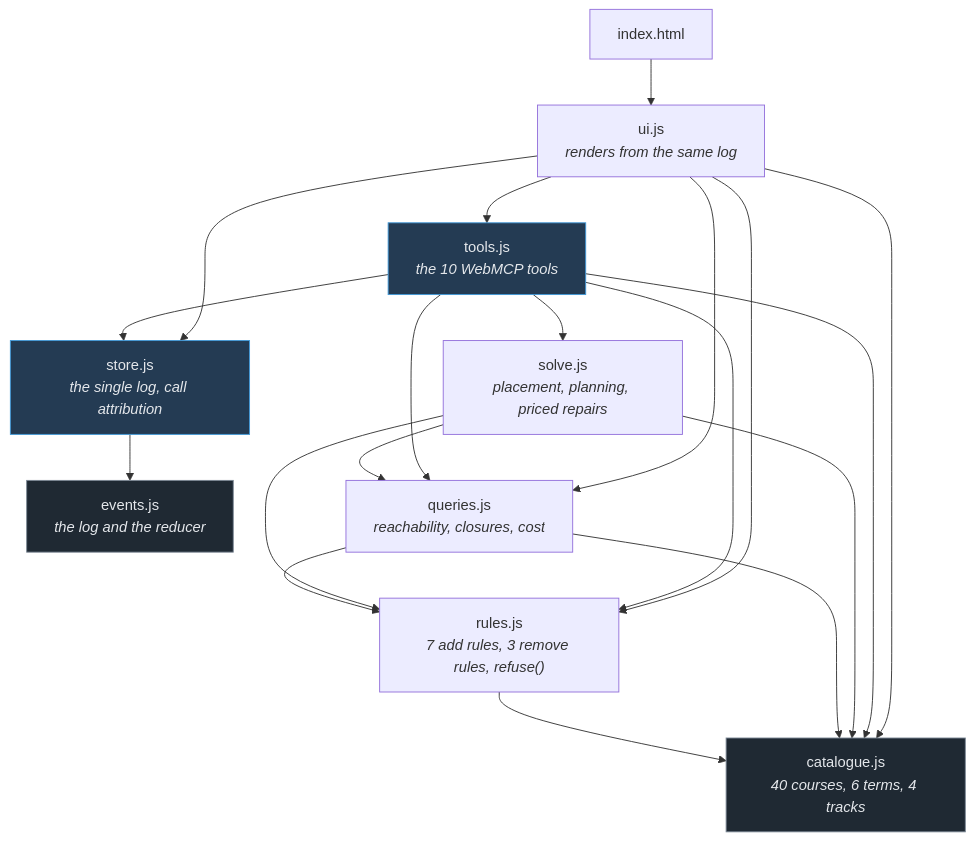
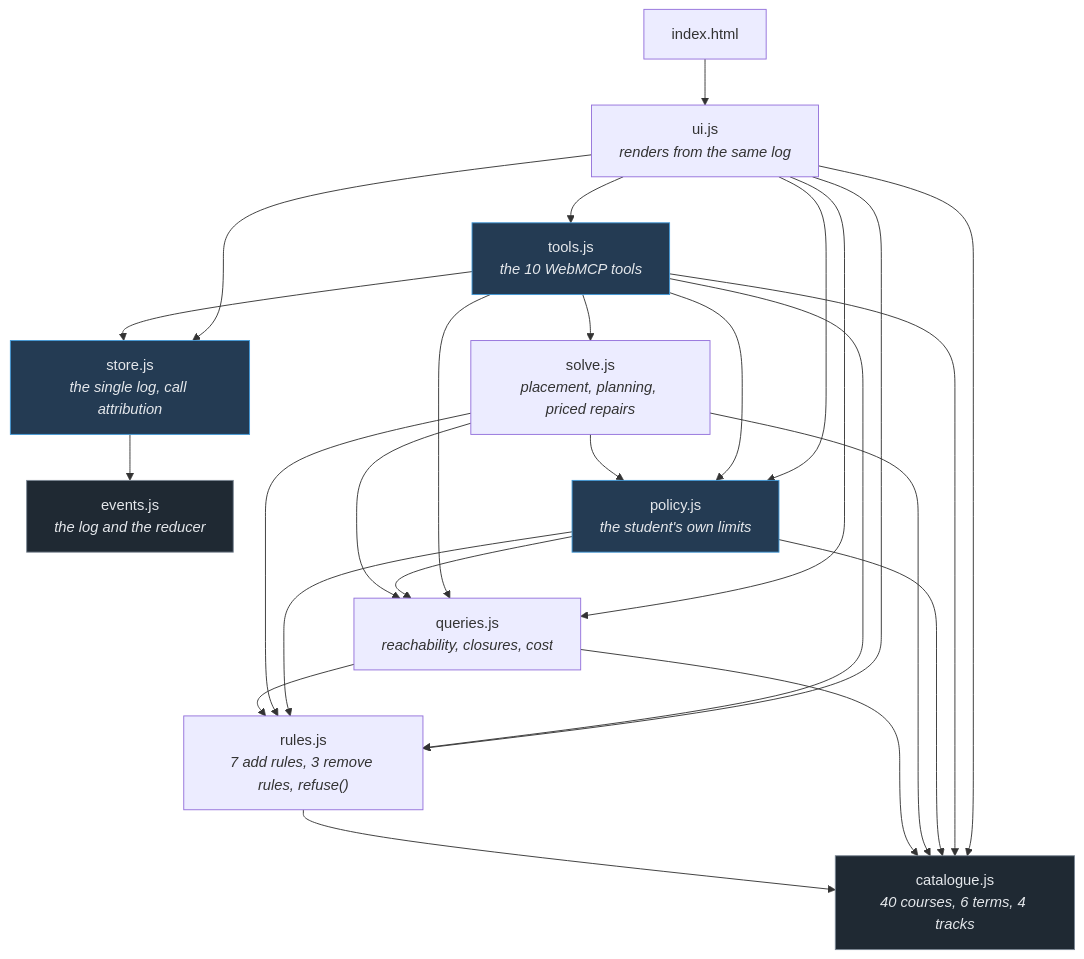
Before and after one commit to hvaler/cursus: the first of 2 diagrams in docs/ARCHITECTURE.md, drawn with Mermaid. The commit also changed other lines of this file and 18 other files, not shown here.

````diff
--- a/docs/ARCHITECTURE.md
+++ b/docs/ARCHITECTURE.md
@@ -29,36 +29,43 @@
 ```mermaid
 graph TD
     catalogue["catalogue.js<br/><i>40 courses, 6 terms, 4 tracks</i>"]
     events["events.js<br/><i>the log and the reducer</i>"]
     rules["rules.js<br/><i>7 add rules, 3 remove rules, refuse()</i>"]
     queries["queries.js<br/><i>reachability, closures, cost</i>"]
     solve["solve.js<br/><i>placement, planning, priced repairs</i>"]
+    policy["policy.js<br/><i>the student's own limits</i>"]
     store["store.js<br/><i>the single log, call attribution</i>"]
     tools["tools.js<br/><i>the 10 WebMCP tools</i>"]
     ui["ui.js<br/><i>renders from the same log</i>"]
     page["index.html"]
 
     rules --> catalogue
     queries --> catalogue
     queries --> rules
     solve --> catalogue
     solve --> rules
     solve --> queries
+    policy --> catalogue
+    policy --> rules
+    policy --> queries
+    solve --> policy
     store --> events
+    tools --> policy
     tools --> catalogue
     tools --> rules
     tools --> queries
     tools --> solve
     tools --> store
     ui --> catalogue
     ui --> rules
     ui --> queries
     ui --> store
+    ui --> policy
     ui --> tools
     page --> ui
 
     classDef leaf fill:#1f2933,stroke:#7b8794,color:#e4e7eb
     classDef core fill:#243b53,stroke:#4098d7,color:#e4e7eb
     class catalogue,events leaf
-    class store,tools core
+    class store,tools,policy core
 ```
````
